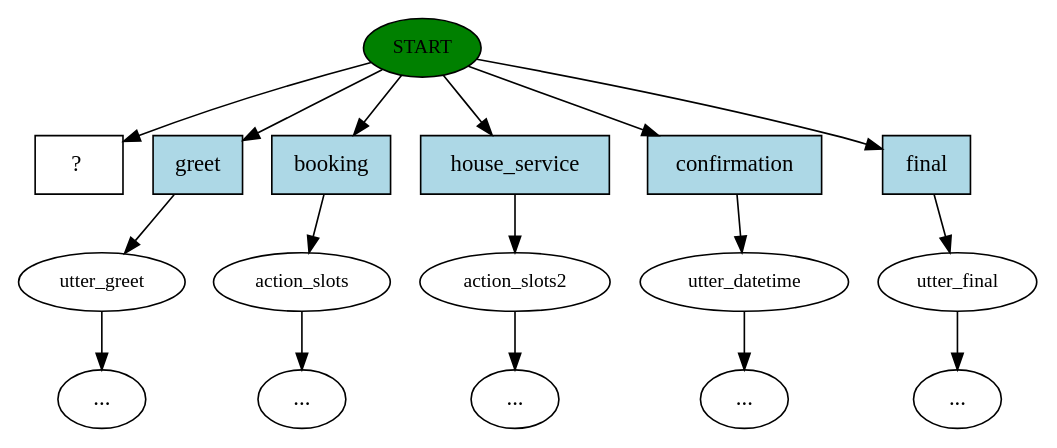
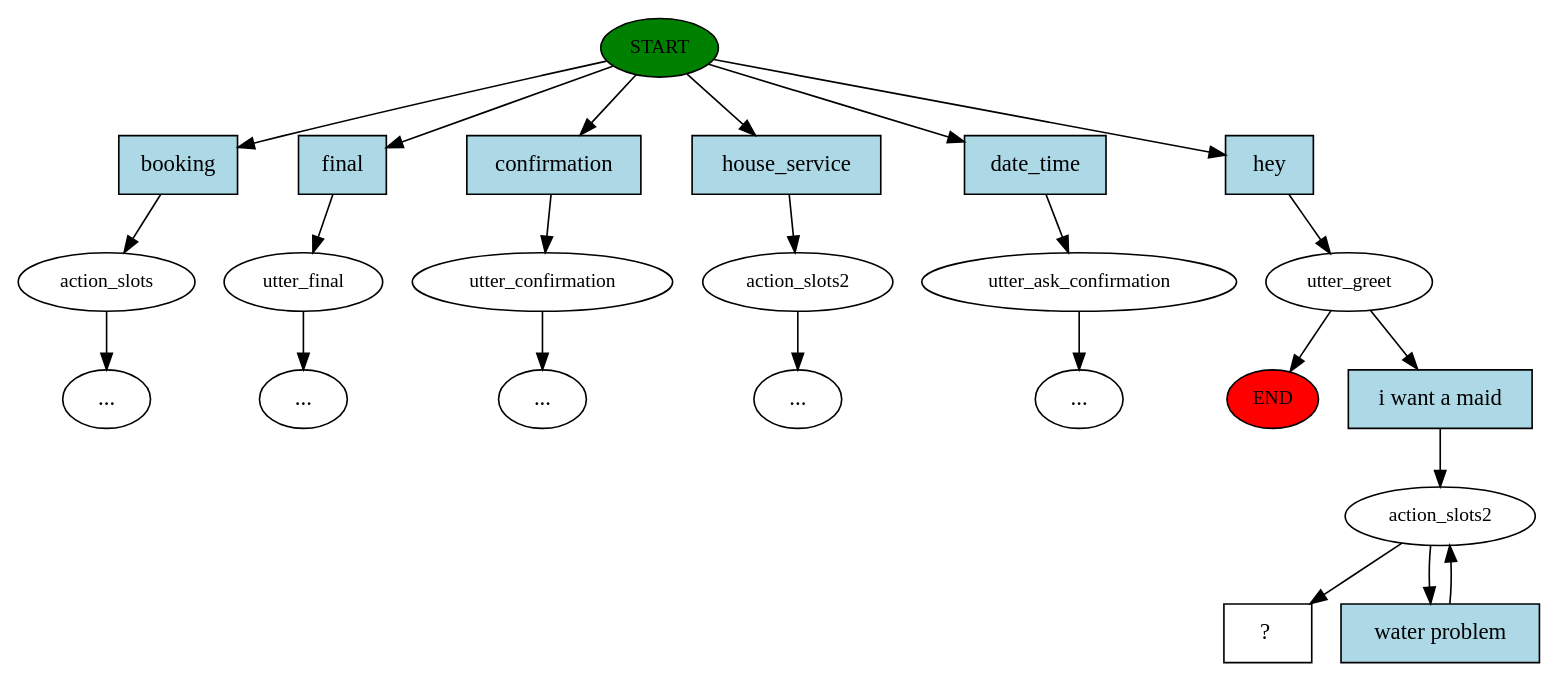
Before and after one commit to shyam2718/NLP: the diagram in story_graph.dot, drawn with Graphviz. The commit also changed 19 other files, not shown here.

```diff
--- a/story_graph.dot
+++ b/story_graph.dot
@@ -1,35 +1,48 @@
 digraph  {
 0 [label=START, fillcolor=green, style=filled, fontsize=12, class="start active"];
-1 [label=utter_greet, fontsize=12, class=""];
+"-1" [label=END, fillcolor=red, style=filled, fontsize=12, class=end];
+1 [label=action_slots, fontsize=12, class=""];
 "-3" [label="...", class=ellipsis];
-2 [label=action_slots, fontsize=12, class=""];
+2 [label=utter_final, fontsize=12, class=""];
 "-4" [label="...", class=ellipsis];
-3 [label=action_slots2, fontsize=12, class=""];
+3 [label=utter_confirmation, fontsize=12, class=""];
 "-5" [label="...", class=ellipsis];
-4 [label=utter_datetime, fontsize=12, class=""];
+4 [label=action_slots2, fontsize=12, class=""];
 "-6" [label="...", class=ellipsis];
-5 [label=utter_final, fontsize=12, class=""];
+5 [label=utter_ask_confirmation, fontsize=12, class=""];
 "-7" [label="...", class=ellipsis];
-6 [label="  ?  ", shape=rect, class="intent dashed active"];
-7 [label=greet, shape=rect, style=filled, fillcolor=lightblue, class=intent];
-8 [label=booking, shape=rect, style=filled, fillcolor=lightblue, class=intent];
-9 [label=house_service, shape=rect, style=filled, fillcolor=lightblue, class=intent];
-10 [label=confirmation, shape=rect, style=filled, fillcolor=lightblue, class=intent];
-11 [label=final, shape=rect, style=filled, fillcolor=lightblue, class=intent];
-0 -> 6  [key=NONE, label="", class=active];
-0 -> 7  [key=0, class=""];
-0 -> 8  [key=0, class=""];
-0 -> 9  [key=0, class=""];
-0 -> 10  [key=0, class=""];
+6 [label=utter_greet, fontsize=12, class=active];
+8 [label=action_slots2, fontsize=12, class=active];
+10 [label="  ?  ", shape=rect, class="intent dashed active"];
+11 [label=booking, shape=rect, style=filled, fillcolor=lightblue, class=intent];
+12 [label=final, shape=rect, style=filled, fillcolor=lightblue, class=intent];
+13 [label=confirmation, shape=rect, style=filled, fillcolor=lightblue, class=intent];
+14 [label=house_service, shape=rect, style=filled, fillcolor=lightblue, class=intent];
+15 [label=date_time, shape=rect, style=filled, fillcolor=lightblue, class=intent];
+16 [label=hey, shape=rect, style=filled, fillcolor=lightblue, class="intent active"];
+17 [label="i want a maid", shape=rect, style=filled, fillcolor=lightblue, class="intent active"];
+18 [label="water problem", shape=rect, style=filled, fillcolor=lightblue, class="intent active"];
 0 -> 11  [key=0, class=""];
+0 -> 12  [key=0, class=""];
+0 -> 13  [key=0, class=""];
+0 -> 14  [key=0, class=""];
+0 -> 15  [key=0, class=""];
+0 -> 16  [key=0, class=active];
 1 -> "-3"  [key=NONE, label="", class=""];
 2 -> "-4"  [key=NONE, label="", class=""];
 3 -> "-5"  [key=NONE, label="", class=""];
 4 -> "-6"  [key=NONE, label="", class=""];
 5 -> "-7"  [key=NONE, label="", class=""];
-7 -> 1  [key=0, class=""];
-8 -> 2  [key=0, class=""];
-9 -> 3  [key=0, class=""];
-10 -> 4  [key=0, class=""];
-11 -> 5  [key=0, class=""];
+6 -> "-1"  [key=NONE, label="", class=""];
+6 -> 17  [key=0, class=active];
+8 -> 10  [key=NONE, label="", class=active];
+8 -> 18  [key=0, class=active];
+11 -> 1  [key=0, class=""];
+12 -> 2  [key=0, class=""];
+13 -> 3  [key=0, class=""];
+14 -> 4  [key=0, class=""];
+15 -> 5  [key=0, class=""];
+16 -> 6  [key=0, class=active];
+17 -> 8  [key=0, class=active];
+18 -> 8  [key=0, class=active];
 }
```
